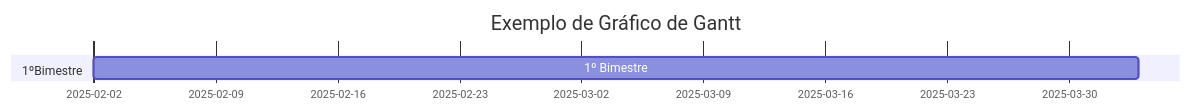
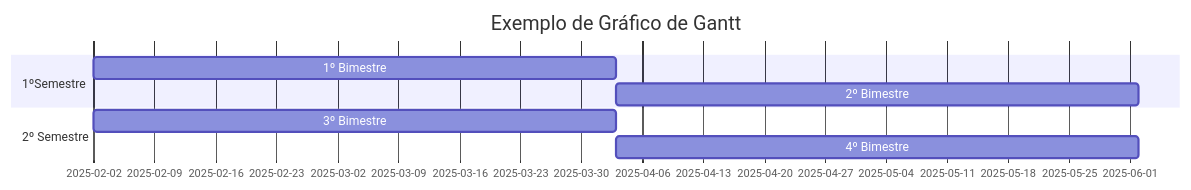
The third of 3 diagrams in README.md (ViniSouzaCosta/Gr-fico-Gantt), drawn with Mermaid before and after one commit.

````diff
--- a/README.md
+++ b/README.md
@@ -20,8 +20,11 @@
 ```mermaid
 gantt
    title Exemplo de Gráfico de Gantt
    dateFormat YYYY-MM-DD
-   section 1ºBimestre
+   section 1ºSemestre
    1º Bimestre :a1, 2025-02-02, 60d
-   section 2º Bimestre
+   2º Bimestre :a2, after a1, 60d
+   section 2º Semestre
+   3º Bimestre :a1, 2025-02-02, 60d
+   4º Bimestre :a2, after a1, 60d
 ```
````
